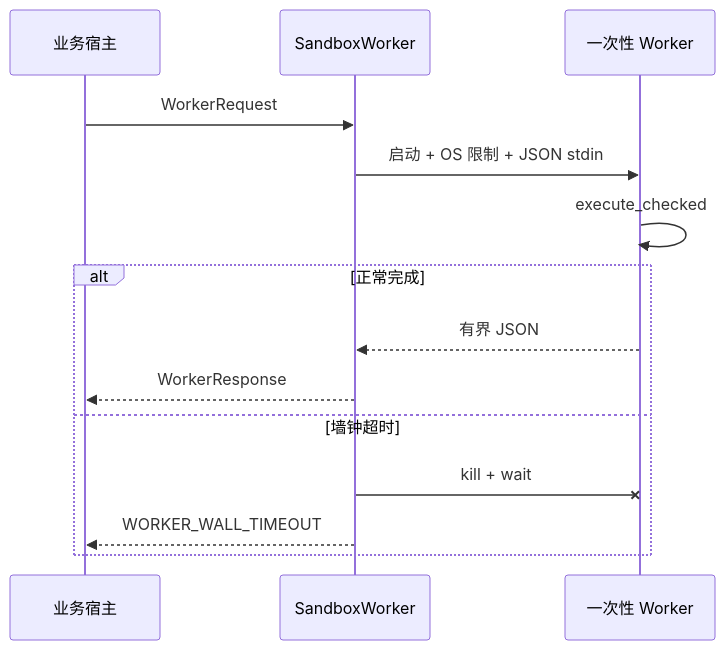
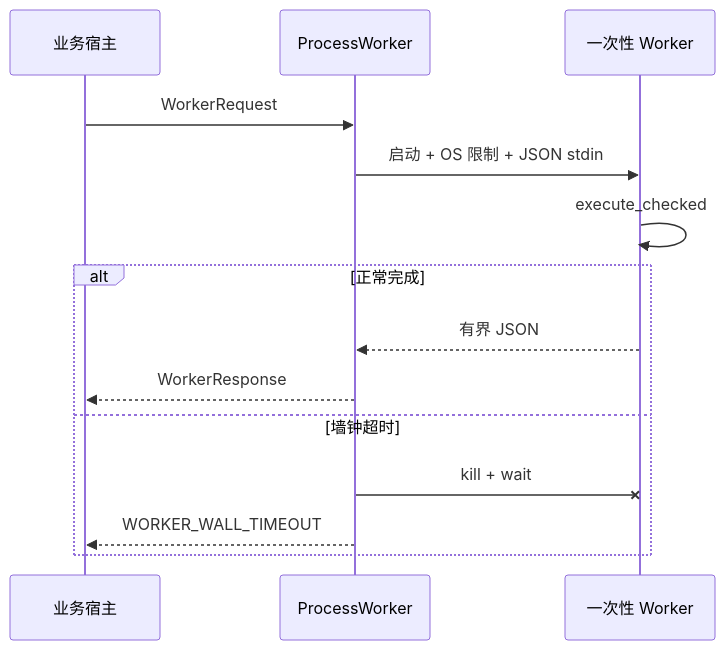
One commit to easy-4-rust/qlexpress-rust changed the second of 2 diagrams in docs/Security-Sandbox.zh_CN.md. Above: the diagram before and after it, drawn with Mermaid. The commit also changed other lines of this file and 14 other files, not shown here.

````diff
--- a/docs/Security-Sandbox.zh_CN.md
+++ b/docs/Security-Sandbox.zh_CN.md
@@ -91,16 +91,16 @@
 ```mermaid
 sequenceDiagram
     participant Host as 业务宿主
-    participant Supervisor as SandboxWorker
+    participant Supervisor as ProcessWorker
     participant Child as 一次性 Worker
     Host->>Supervisor: WorkerRequest
     Supervisor->>Child: 启动 + OS 限制 + JSON stdin
     Child->>Child: execute_checked
     alt 正常完成
         Child-->>Supervisor: 有界 JSON
         Supervisor-->>Host: WorkerResponse
     else 墙钟超时
         Supervisor-xChild: kill + wait
         Supervisor-->>Host: WORKER_WALL_TIMEOUT
     end
 ```
````
